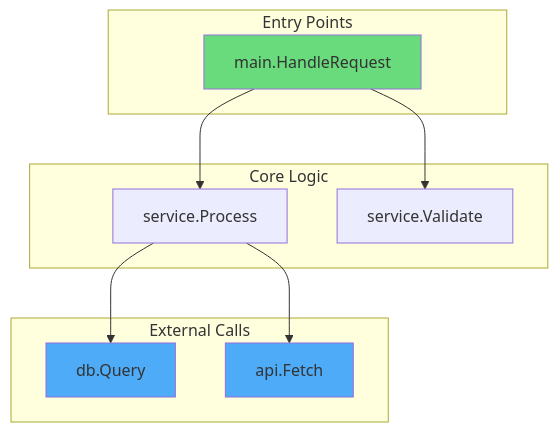
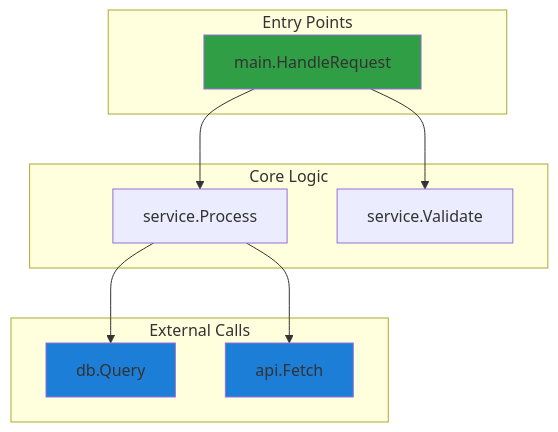
Before and after one commit to selimabeniacar/gemini-skills: the second of 2 diagrams in prompts/call-graph.md, drawn with Mermaid. The commit also changed other lines of this file and 6 other files, not shown here.

Commit message:
Add /flow skill for generating flow diagrams

````diff
--- a/prompts/call-graph.md
+++ b/prompts/call-graph.md
@@ -76,25 +76,25 @@
 ```mermaid
 flowchart TD
-    subgraph entry [Entry Points]
+    subgraph entry ["Entry Points"]
         A[main.HandleRequest]
     end
 
-    subgraph core [Core Logic]
+    subgraph core ["Core Logic"]
         B[service.Process]
         C[service.Validate]
     end
 
-    subgraph external [External Calls]
+    subgraph external ["External Calls"]
         D[db.Query]
         E[api.Fetch]
     end
 
     A --> B
     A --> C
     B --> D
     B --> E
 
-    style A fill:#69db7c
-    style D fill:#4dabf7
-    style E fill:#4dabf7
+    style A fill:#2f9e44
+    style D fill:#1c7ed6
+    style E fill:#1c7ed6
 ```
````
